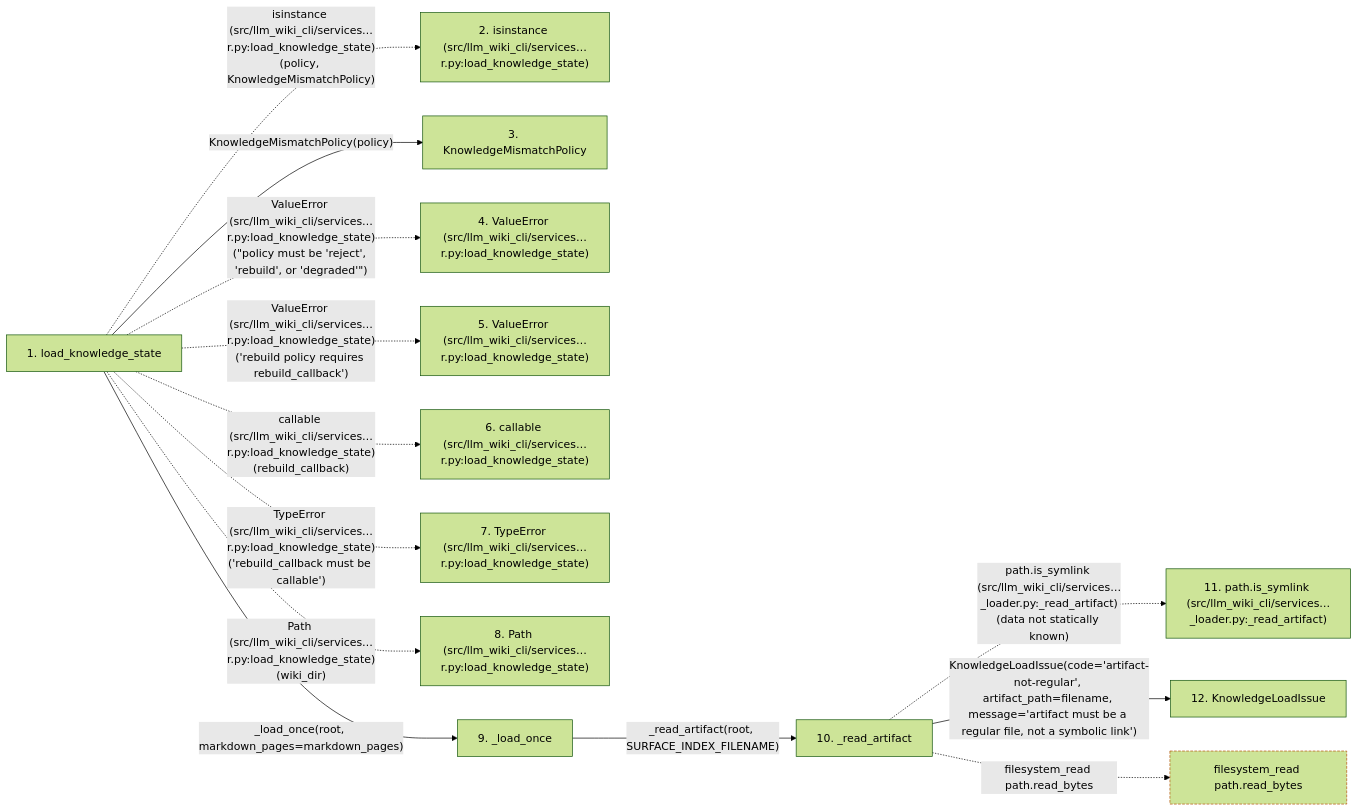
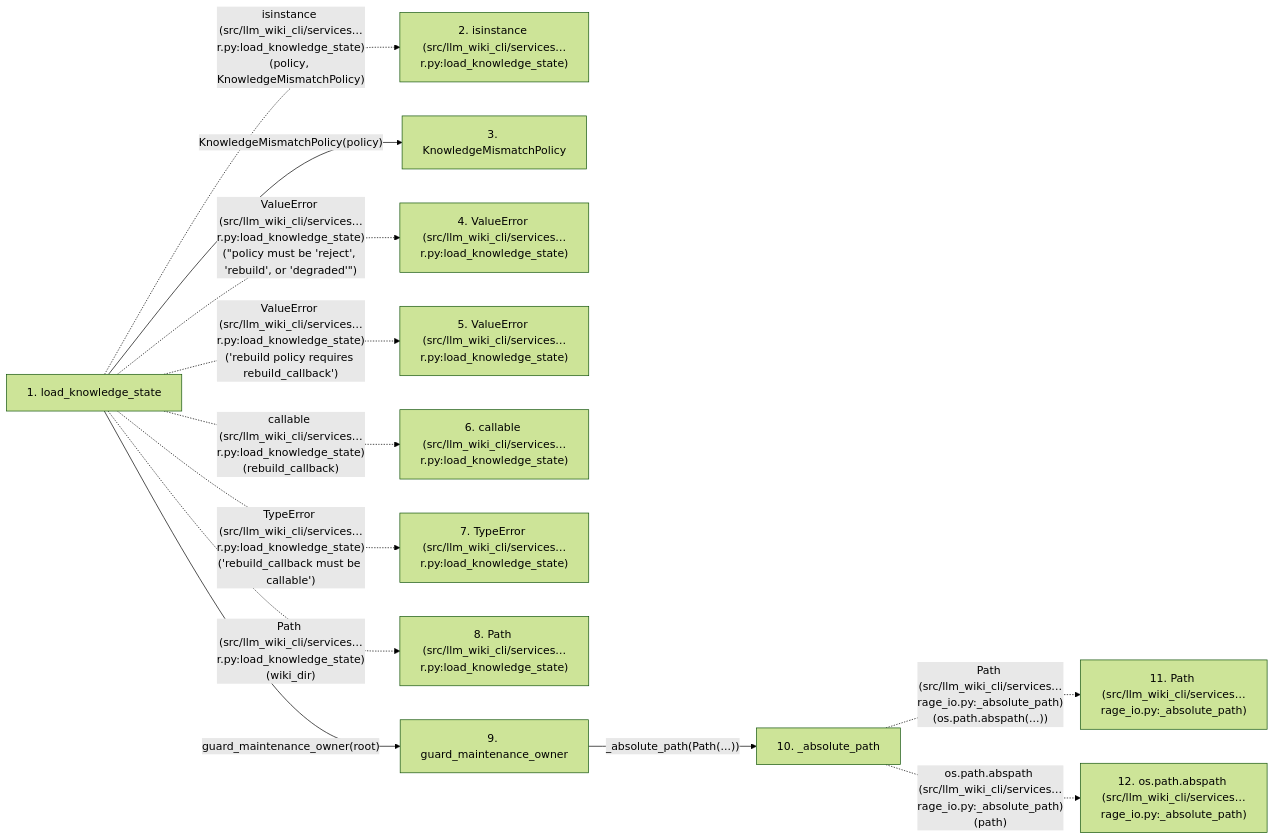
One commit to Denissvgn/python-wiki-llm changed the second of 2 diagrams in docs/llm_wiki/flows/api-load_knowledge_state.md. Above: the diagram before and after it, drawn with Mermaid (forest theme). The commit also changed other lines of this file and 1410 other files, not shown here.

````diff
--- a/docs/llm_wiki/flows/api-load_knowledge_state.md
+++ b/docs/llm_wiki/flows/api-load_knowledge_state.md
@@ -101,35 +130,30 @@
 ```mermaid
 flowchart LR
     s1["1. load_knowledge_state"]
     s2["2. isinstance (src/llm_wiki_cli/services…r.py:load_knowledge_state)"]
     s3["3. KnowledgeMismatchPolicy"]
     s4["4. ValueError (src/llm_wiki_cli/services…r.py:load_knowledge_state)"]
     s5["5. ValueError (src/llm_wiki_cli/services…r.py:load_knowledge_state)"]
     s6["6. callable (src/llm_wiki_cli/services…r.py:load_knowledge_state)"]
     s7["7. TypeError (src/llm_wiki_cli/services…r.py:load_knowledge_state)"]
     s8["8. Path (src/llm_wiki_cli/services…r.py:load_knowledge_state)"]
-    s9["9. _load_once"]
-    s10["10. _read_artifact"]
-    s11["11. path.is_symlink (src/llm_wiki_cli/services…_loader.py:_read_artifact)"]
-    s12["12. KnowledgeLoadIssue"]
+    s9["9. guard_maintenance_owner"]
+    s10["10. _absolute_path"]
+    s11["11. Path (src/llm_wiki_cli/services…rage_io.py:_absolute_path)"]
+    s12["12. os.path.abspath (src/llm_wiki_cli/services…rage_io.py:_absolute_path)"]
     s1 -. "isinstance (src/llm_wiki_cli/services…r.py:load_knowledge_state)(policy, KnowledgeMismatchPolicy)" .-> s2
     s1 -->|"KnowledgeMismatchPolicy(policy)"| s3
     s1 -. "ValueError (src/llm_wiki_cli/services…r.py:load_knowledge_state)(#34;policy must be 'reject', 'rebuild', or 'degraded'#34;)" .-> s4
     s1 -. "ValueError (src/llm_wiki_cli/services…r.py:load_knowledge_state)('rebuild policy requires rebuild_callback')" .-> s5
     s1 -. "callable (src/llm_wiki_cli/services…r.py:load_knowledge_state)(rebuild_callback)" .-> s6
     s1 -. "TypeError (src/llm_wiki_cli/services…r.py:load_knowledge_state)('rebuild_callback must be callable')" .-> s7
     s1 -. "Path (src/llm_wiki_cli/services…r.py:load_knowledge_state)(wiki_dir)" .-> s8
-    s1 -->|"_load_once(root, markdown_pages=markdown_pages)"| s9
-    s9 -->|"_read_artifact(root, SURFACE_INDEX_FILENAME)"| s10
-    s10 -. "path.is_symlink (src/llm_wiki_cli/services…_loader.py:_read_artifact)(data not statically known)" .-> s11
-    s10 -->|"KnowledgeLoadIssue(code='artifact-not-regular', artifact_path=filename, message='artifact must be a regular file, not a symbolic link')"| s12
-    b0["filesystem_read path.read_bytes"]
-    s10 -. "filesystem_read path.read_bytes" .-> b0
+    s1 -->|"guard_maintenance_owner(root)"| s9
+    s9 -->|"_absolute_path(Path(...))"| s10
+    s10 -. "Path (src/llm_wiki_cli/services…rage_io.py:_absolute_path)(os.path.abspath(...))" .-> s11
+    s10 -. "os.path.abspath (src/llm_wiki_cli/services…rage_io.py:_absolute_path)(path)" .-> s12
     click s1 "../modules/knowledge_loader.md"
     click s3 "../modules/knowledge_loader.md"
-    click s9 "../modules/knowledge_loader.md"
-    click s10 "../modules/knowledge_loader.md"
-    click s12 "../modules/knowledge_loader.md"
-    classDef boundary stroke:#b45309,stroke-dasharray: 4 2
-    class b0 boundary
+    click s9 "../modules/maintenance_protocol.md"
+    click s10 "../modules/knowledge_storage_io.md"
 ```
````
